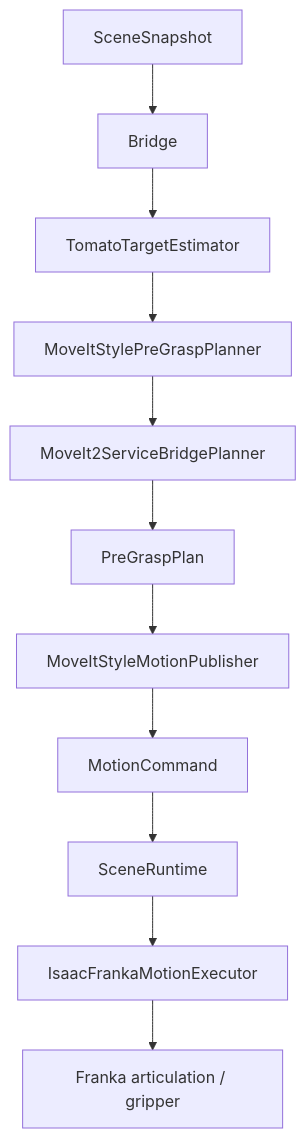
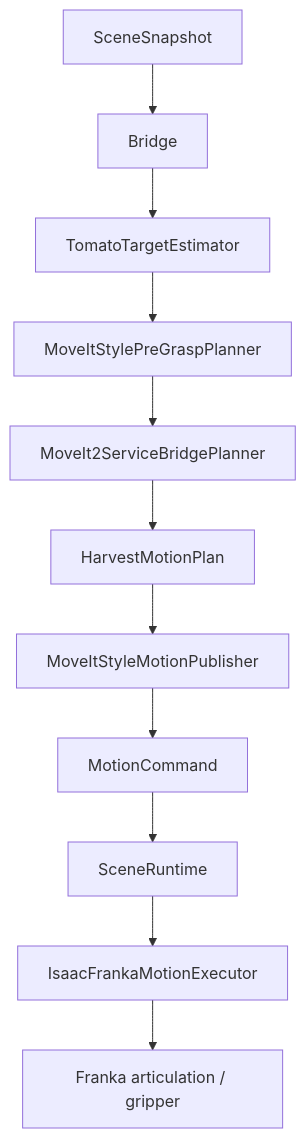
One commit to akodama428/trial_issac_sim changed the first of 4 diagrams in .codex/docs/IMPLEMENTATION_ROBOT_CONTROL.md. Above: the diagram before and after it, drawn with Mermaid. The commit also changed other lines of this file and 56 other files, not shown here.

````diff
--- a/.codex/docs/IMPLEMENTATION_ROBOT_CONTROL.md
+++ b/.codex/docs/IMPLEMENTATION_ROBOT_CONTROL.md
@@ -32,13 +32,13 @@
 ```mermaid
 flowchart TD
   A[SceneSnapshot] --> B[Bridge]
   B --> C[TomatoTargetEstimator]
   C --> D[MoveItStylePreGraspPlanner]
   D --> E[MoveIt2ServiceBridgePlanner]
-  E --> F[PreGraspPlan]
+  E --> F[HarvestMotionPlan]
   F --> G[MoveItStyleMotionPublisher]
   G --> H[MotionCommand]
   H --> I[SceneRuntime]
   I --> J[IsaacFrankaMotionExecutor]
   J --> K[Franka articulation / gripper]
 ```
````
